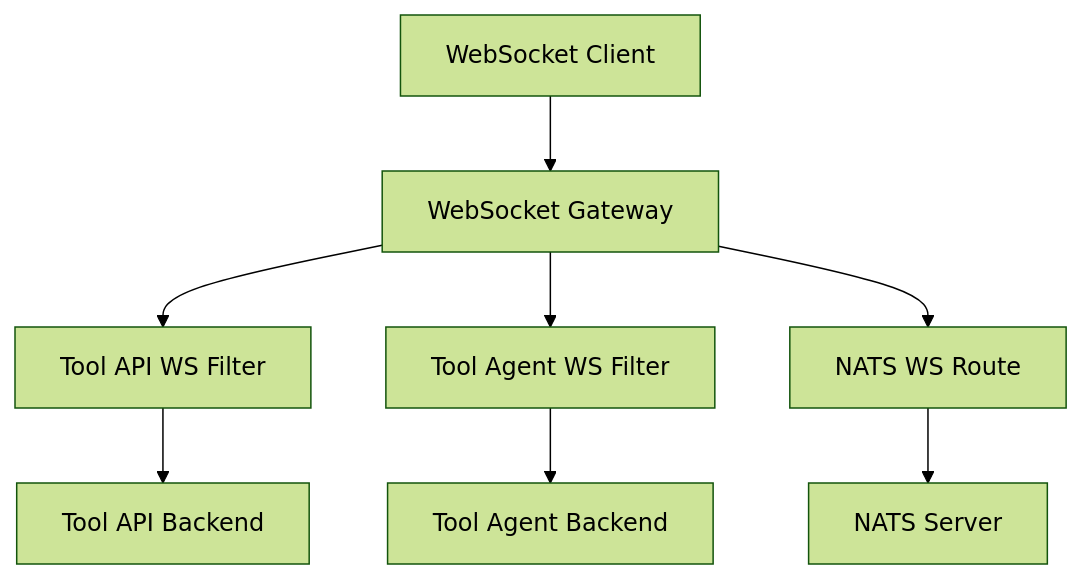
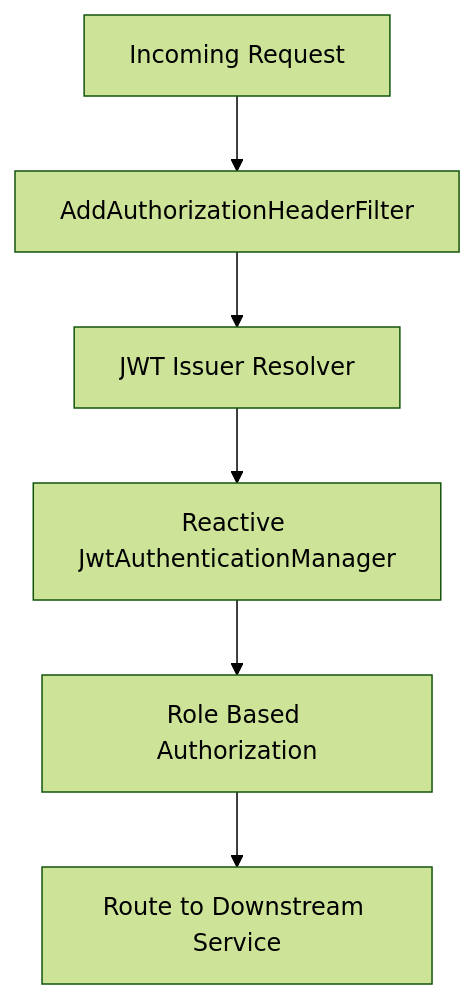
The third of 8 diagrams in docs/architecture/gateway-service-core/gateway-service-core.md (Praesto-Pro/openframe-oss-tenant), drawn with Mermaid (forest theme) before and after one commit. The commit also changed other lines of this file and 149 other files, not shown here.

````diff
--- a/docs/architecture/gateway-service-core/gateway-service-core.md
+++ b/docs/architecture/gateway-service-core/gateway-service-core.md
@@ -128,12 +78,8 @@
 ```mermaid
 flowchart TD
-    Client["WebSocket Client"] --> GatewayWS["WebSocket Gateway"]
-
-    GatewayWS --> ApiWsFilter["Tool API WS Filter"]
-    GatewayWS --> AgentWsFilter["Tool Agent WS Filter"]
-    GatewayWS --> NatsRoute["NATS WS Route"]
-
-    ApiWsFilter --> ToolApi["Tool API Backend"]
-    AgentWsFilter --> ToolAgent["Tool Agent Backend"]
-    NatsRoute --> NatsServer["NATS Server"]
+    Request["Incoming Request"] --> AddAuth["AddAuthorizationHeaderFilter"]
+    AddAuth --> JwtResolution["JWT Issuer Resolver"]
+    JwtResolution --> JwtValidation["Reactive JwtAuthenticationManager"]
+    JwtValidation --> RoleCheck["Role Based Authorization"]
+    RoleCheck --> Route["Route to Downstream Service"]
 ```
````
